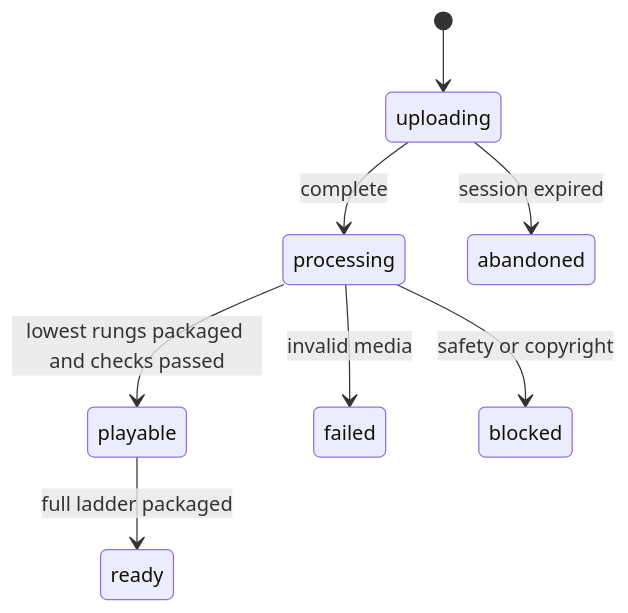
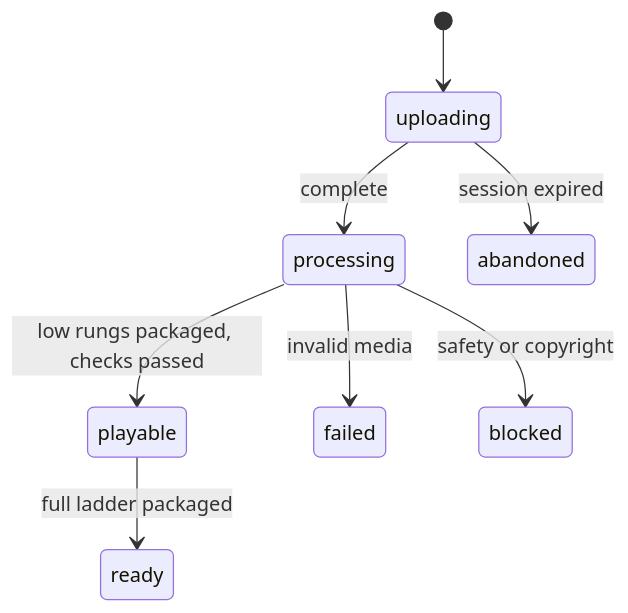
Before and after one commit to thull32/ascend: the first of 3 diagrams in content/tracks/09-system-design/03-case-studies/07-video-upload-pipeline.md, drawn with Mermaid. The commit also changed other lines of this file and 8 other files, not shown here.

````diff
--- a/content/tracks/09-system-design/03-case-studies/07-video-upload-pipeline.md
+++ b/content/tracks/09-system-design/03-case-studies/07-video-upload-pipeline.md
@@ -107,10 +113,10 @@
 ```mermaid
 stateDiagram-v2
   [*] --> uploading
   uploading --> processing: complete
   uploading --> abandoned: session expired
-  processing --> playable: lowest rungs packaged and checks passed
+  processing --> playable: low rungs packaged, checks passed
   processing --> failed: invalid media
   processing --> blocked: safety or copyright
   playable --> ready: full ladder packaged
 ```
````
